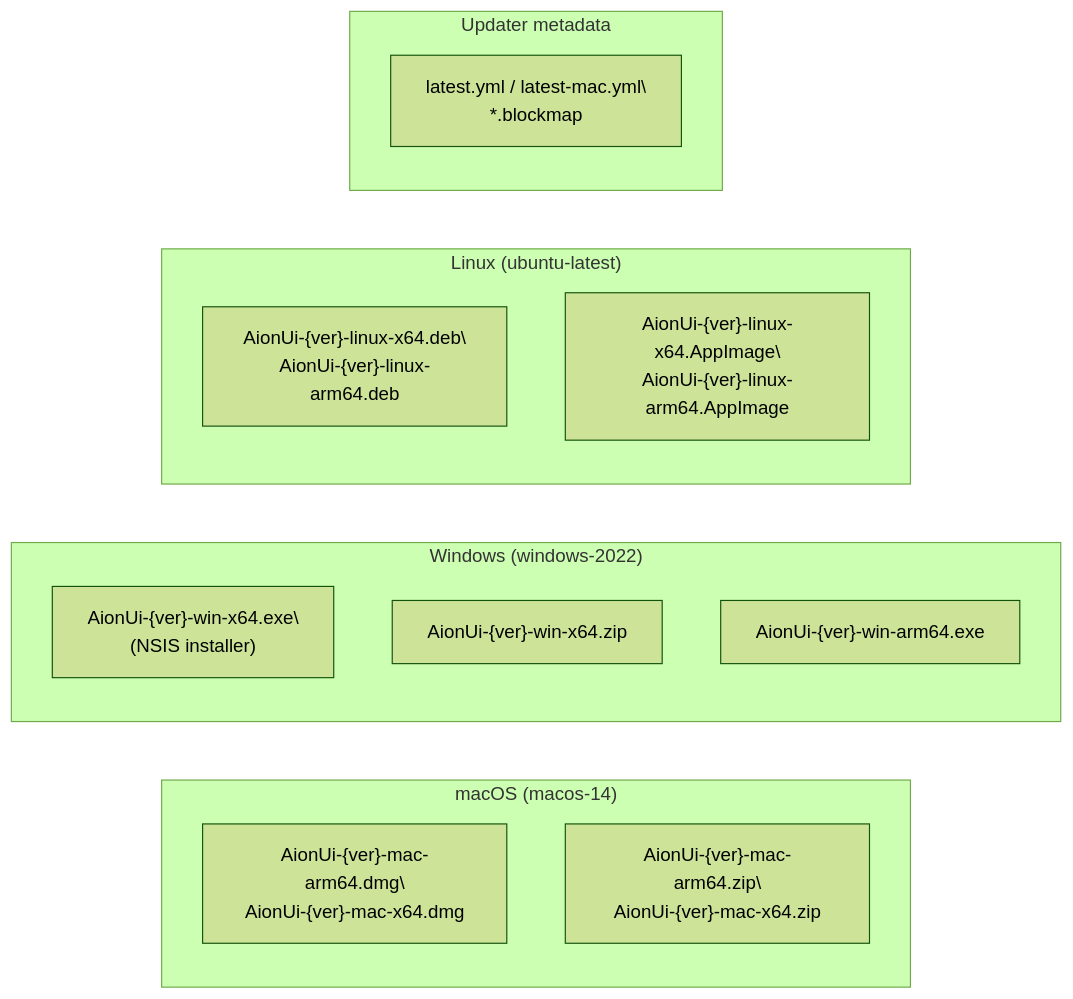
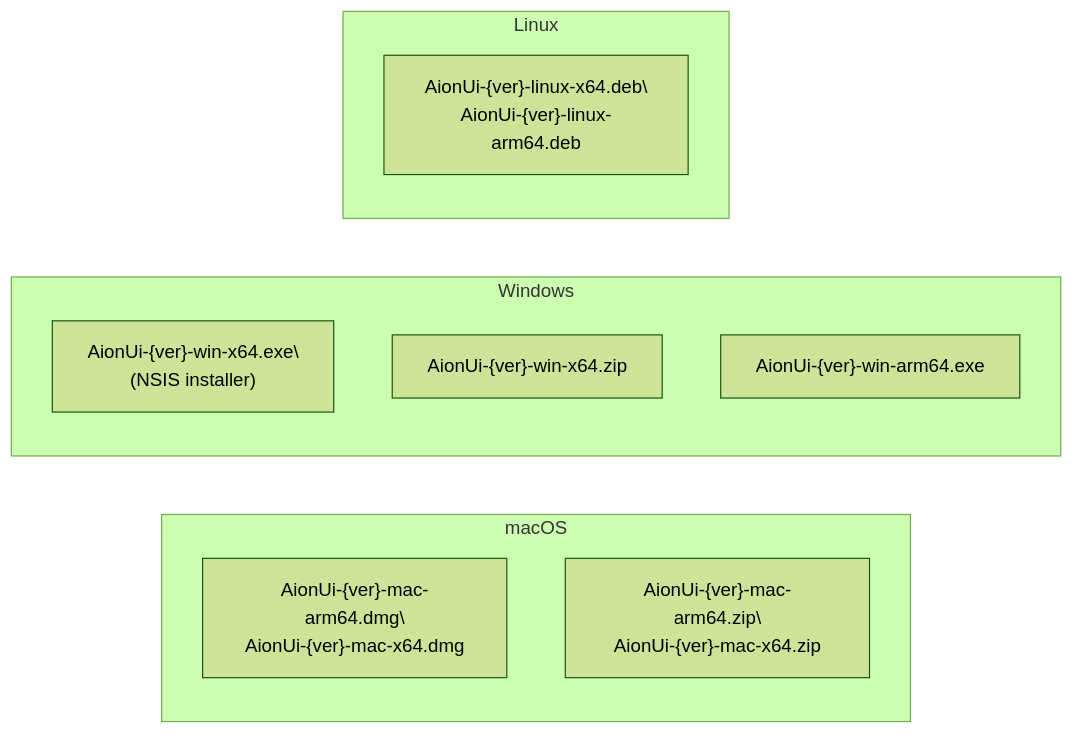
One commit to blackcater/zentree changed the third of 4 diagrams in docs/iOfficeAI_AionUi/build-and-deployment/release-management.md. Above: the diagram before and after it, drawn with Mermaid (forest theme). The commit also changed other lines of this file and 232 other files, not shown here.

````diff
--- a/docs/iOfficeAI_AionUi/build-and-deployment/release-management.md
+++ b/docs/iOfficeAI_AionUi/build-and-deployment/release-management.md
@@ -209,25 +175,19 @@
 ```mermaid
 flowchart LR
-    subgraph "macOS (macos-14)"
+    subgraph "macOS"
         macDmg["AionUi-{ver}-mac-arm64.dmg\
 AionUi-{ver}-mac-x64.dmg"]
         macZip["AionUi-{ver}-mac-arm64.zip\
 AionUi-{ver}-mac-x64.zip"]
     end
-    subgraph "Windows (windows-2022)"
+    subgraph "Windows"
         winExe["AionUi-{ver}-win-x64.exe\
 (NSIS installer)"]
         winZip["AionUi-{ver}-win-x64.zip"]
         winArm["AionUi-{ver}-win-arm64.exe"]
     end
-    subgraph "Linux (ubuntu-latest)"
+    subgraph "Linux"
         linDeb["AionUi-{ver}-linux-x64.deb\
 AionUi-{ver}-linux-arm64.deb"]
-        linAppImage["AionUi-{ver}-linux-x64.AppImage\
-AionUi-{ver}-linux-arm64.AppImage"]
-    end
-    subgraph "Updater metadata"
-        ymlFile["latest.yml / latest-mac.yml\
-*.blockmap"]
     end
 ```
````
